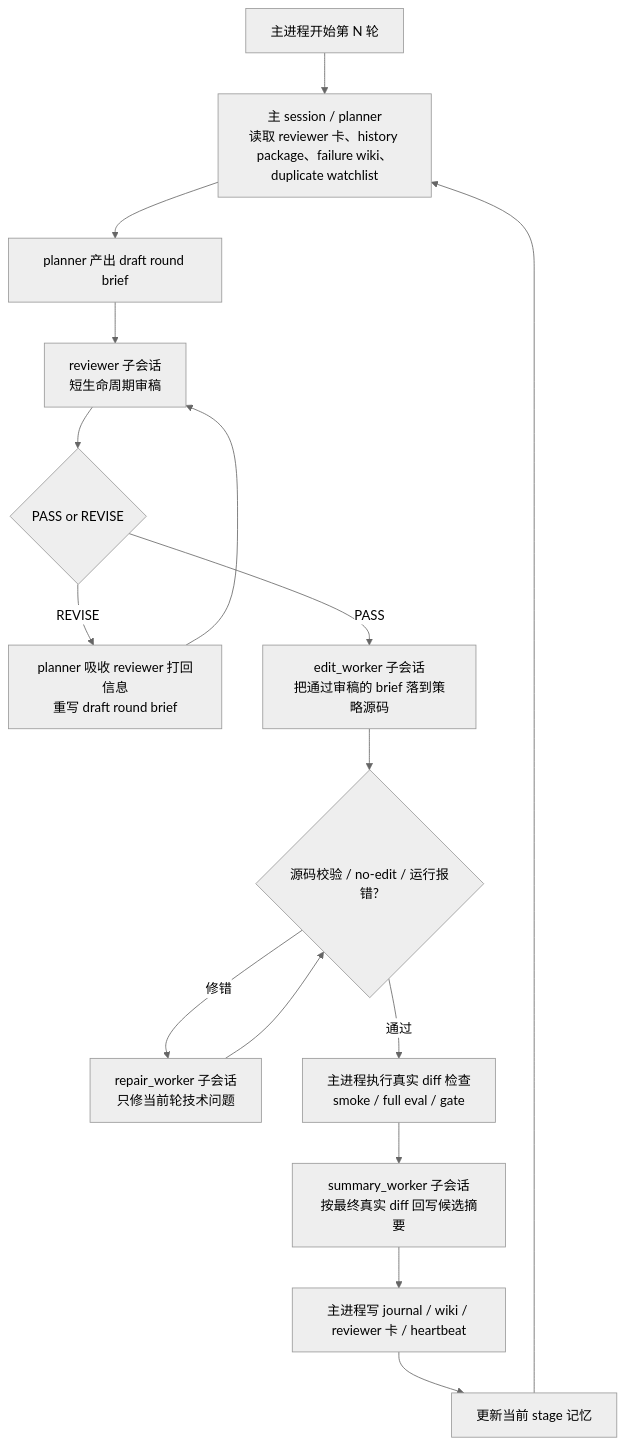
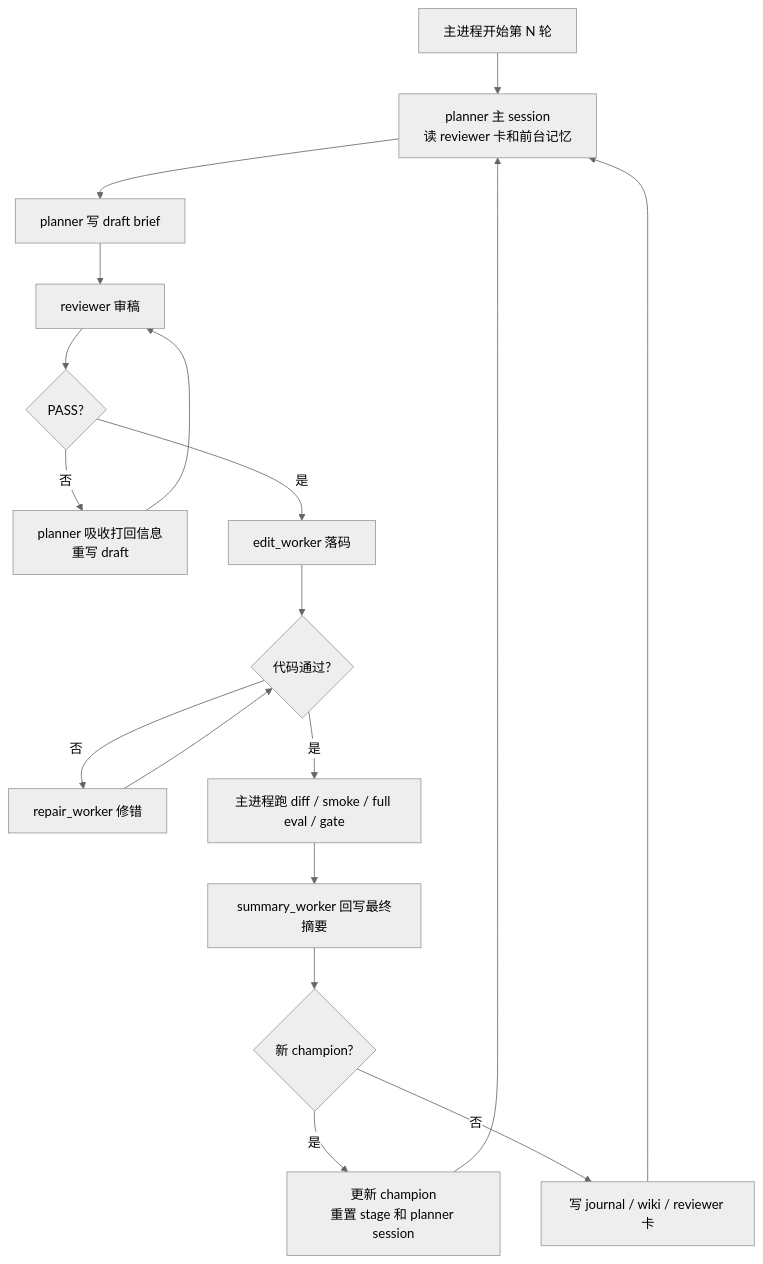
The diagram in README.md (398494308/Quant-AI-Research), drawn with Mermaid (neutral theme) before and after one commit. The commit also changed other lines of this file and 2 other files, not shown here.

Commit message:
Refine workflow diagram for champion update path

````diff
--- a/README.md
+++ b/README.md
@@ -53,23 +53,25 @@
 ```mermaid
 flowchart TB
-    A[主进程开始第 N 轮] --> B[主 session / planner<br/>读取 reviewer 卡、history package、failure wiki、duplicate watchlist]
-    B --> C[planner 产出 draft round brief]
+    A[主进程开始第 N 轮] --> B[planner 主 session<br/>读 reviewer 卡和前台记忆]
+    B --> C[planner 写 draft brief]
+    C --> D[reviewer 审稿]
+    D --> E{PASS?}
 
-    C --> D[reviewer 子会话<br/>短生命周期审稿]
-    D --> E{PASS or REVISE}
-
-    E -- REVISE --> F[planner 吸收 reviewer 打回信息<br/>重写 draft round brief]
+    E -- 否 --> F[planner 吸收打回信息<br/>重写 draft]
     F --> D
 
-    E -- PASS --> G[edit_worker 子会话<br/>把通过审稿的 brief 落到策略源码]
-    G --> H{源码校验 / no-edit / 运行报错?}
-
-    H -- 修错 --> I[repair_worker 子会话<br/>只修当前轮技术问题]
+    E -- 是 --> G[edit_worker 落码]
+    G --> H{代码通过?}
+    H -- 否 --> I[repair_worker 修错]
     I --> H
 
-    H -- 通过 --> J[主进程执行真实 diff 检查<br/>smoke / full eval / gate]
-    J --> K[summary_worker 子会话<br/>按最终真实 diff 回写候选摘要]
-    K --> L[主进程写 journal / wiki / reviewer 卡 / heartbeat]
-    L --> M[更新当前 stage 记忆]
+    H -- 是 --> J[主进程跑 diff / smoke / full eval / gate]
+    J --> K[summary_worker 回写最终摘要]
+    K --> L{新 champion?}
+
+    L -- 是 --> M[更新 champion<br/>重置 stage 和 planner session]
     M --> B
+
+    L -- 否 --> N[写 journal / wiki / reviewer 卡]
+    N --> B
 ```
````
